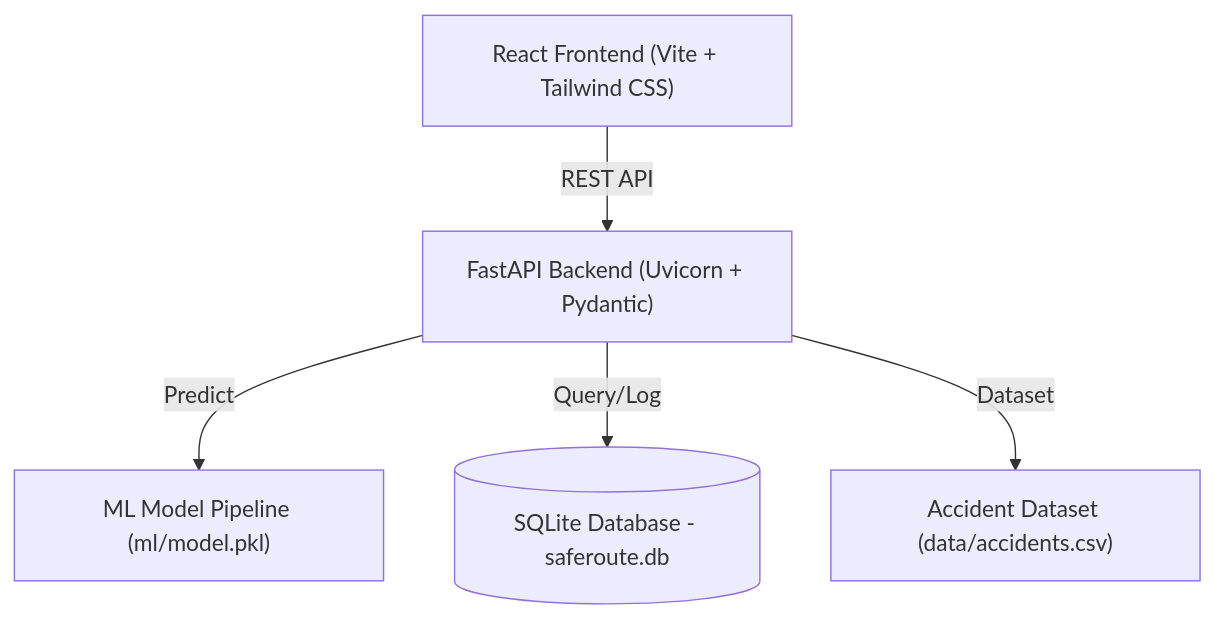
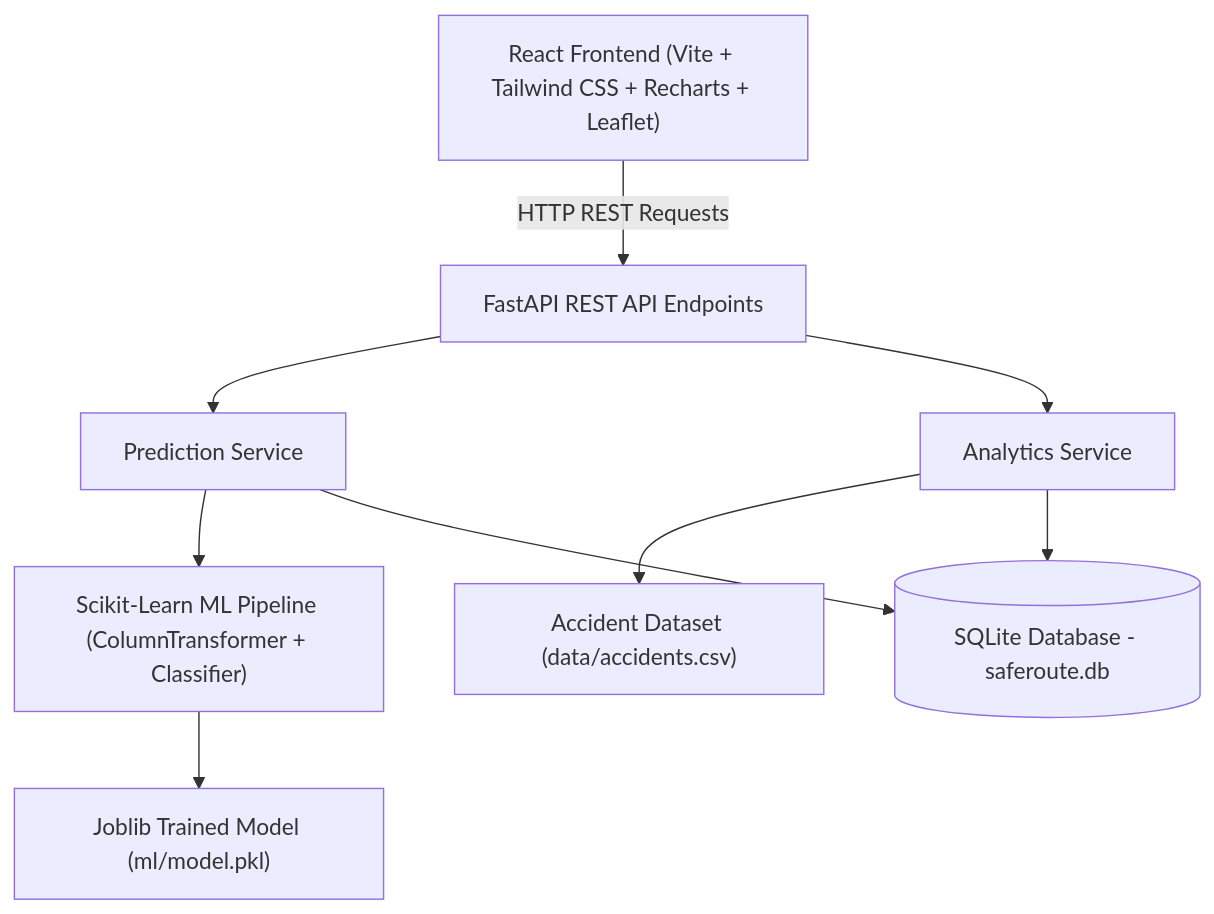
The first of 6 diagrams in docs/academic_report.md (Ayankkk29/SafeRoute-AI), drawn with Mermaid before and after one commit. The commit also changed other lines of this file and 6 other files, not shown here.

````diff
--- a/docs/academic_report.md
+++ b/docs/academic_report.md
@@ -74,7 +142,11 @@
 ```mermaid
 graph TD
-    Client["React Frontend (Vite + Tailwind CSS)"] -->|REST API| API["FastAPI Backend (Uvicorn + Pydantic)"]
-    API -->|Predict| ML["ML Model Pipeline (ml/model.pkl)"]
-    API -->|Query/Log| DB[(SQLite Database - saferoute.db)]
-    API -->|Dataset| CSV["Accident Dataset (data/accidents.csv)"]
+    Client["React Frontend (Vite + Tailwind CSS + Recharts + Leaflet)"] -->|HTTP REST Requests| Endpoints["FastAPI REST API Endpoints"]
+    Endpoints --> PredService["Prediction Service"]
+    Endpoints --> AnalyticsService["Analytics Service"]
+    PredService --> MLPipeline["Scikit-Learn ML Pipeline (ColumnTransformer + Classifier)"]
+    MLPipeline --> SavedModel["Joblib Trained Model (ml/model.pkl)"]
+    AnalyticsService --> CSV["Accident Dataset (data/accidents.csv)"]
+    AnalyticsService --> DB[(SQLite Database - saferoute.db)]
+    PredService --> DB
 ```
````
